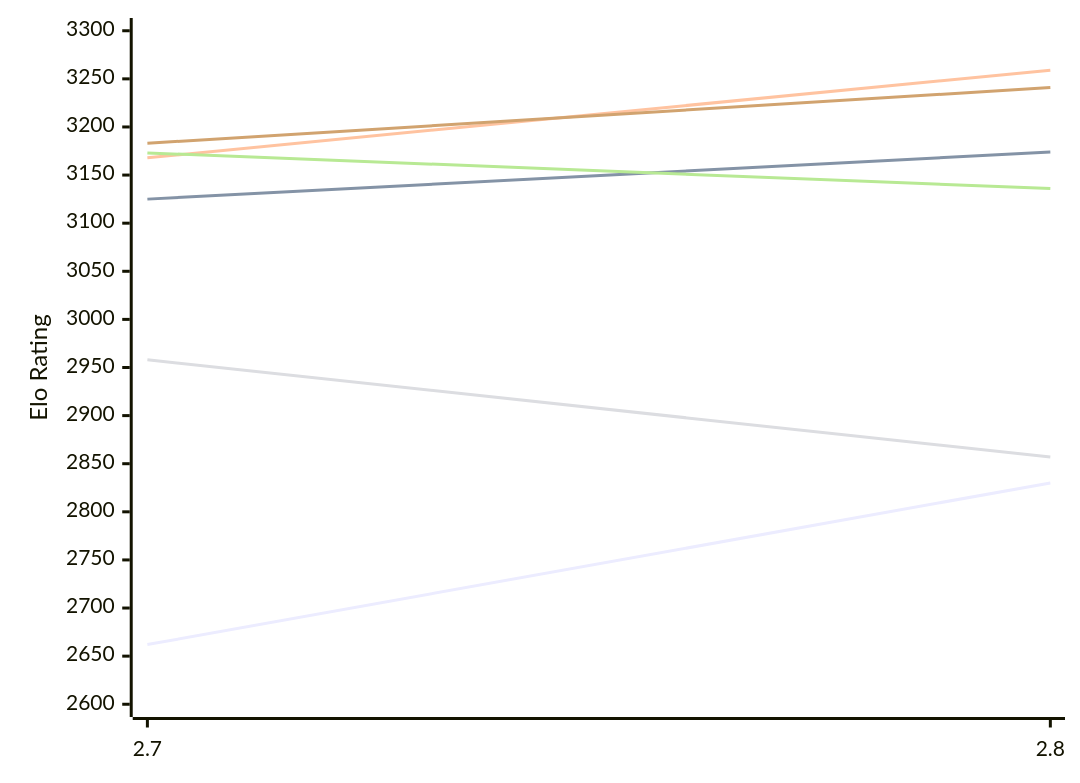
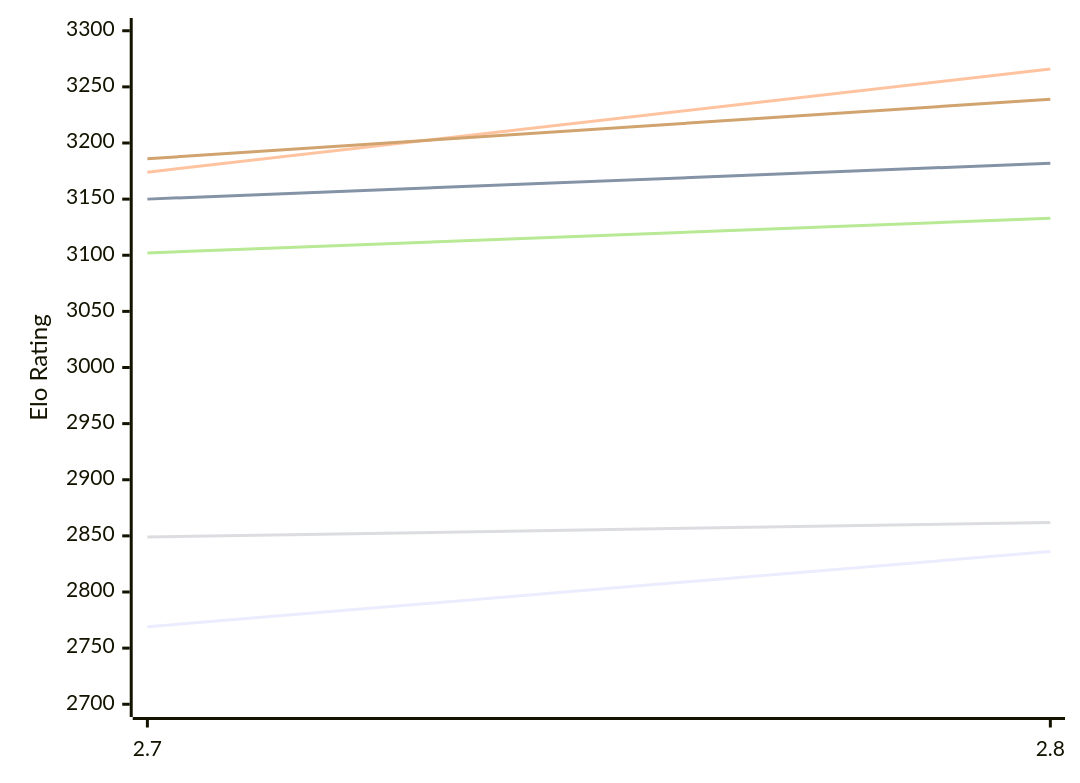
Before and after one commit to computer-chess-index/cci: the first of 2 diagrams in engines/Arcanum.md, drawn with Mermaid. The commit also changed other lines of this file, not shown here.

Commit message:
Update CCI Ratings (ELO VLTC) - 2026-11-16

````diff
--- a/engines/Arcanum.md
+++ b/engines/Arcanum.md
@@ -50,12 +50,12 @@
 ```mermaid
 %%{init: {"theme":"base","themeVariables":{"seriesColors:['#a3a3a3','#222221','#faa371']}}}%%
 xychart-beta
   x-axis ["2.7", "2.8"]
-  y-axis "Elo Rating" 2600 --> 3300
-  line "E1: STC (8.0+0.08s)" [2662, 2830]
-  line "E1: LTC (60.0+0.60s)" [3125, 3174]
-  line "E1: VLTC (2m24s+1.12s)" [3168, 3259]
-  line "P1: STC (8.0+0.08s)" [2958, 2857]
-  line "P1: LTC (60.0+0.60s)" [3173, 3136]
-  line "P1: VLTC (2m24s+1.12s)" [3183, 3241]
+  y-axis "Elo Rating" 2700 --> 3300
+  line "E1: STC (8.0+0.08s)" [2769, 2836]
+  line "E1: LTC (60.0+0.60s)" [3150, 3182]
+  line "E1: VLTC (2m24s+1.12s)" [3174, 3266]
+  line "P1: STC (8.0+0.08s)" [2849, 2862]
+  line "P1: LTC (60.0+0.60s)" [3102, 3133]
+  line "P1: VLTC (2m24s+1.12s)" [3186, 3239]
 ```
````
